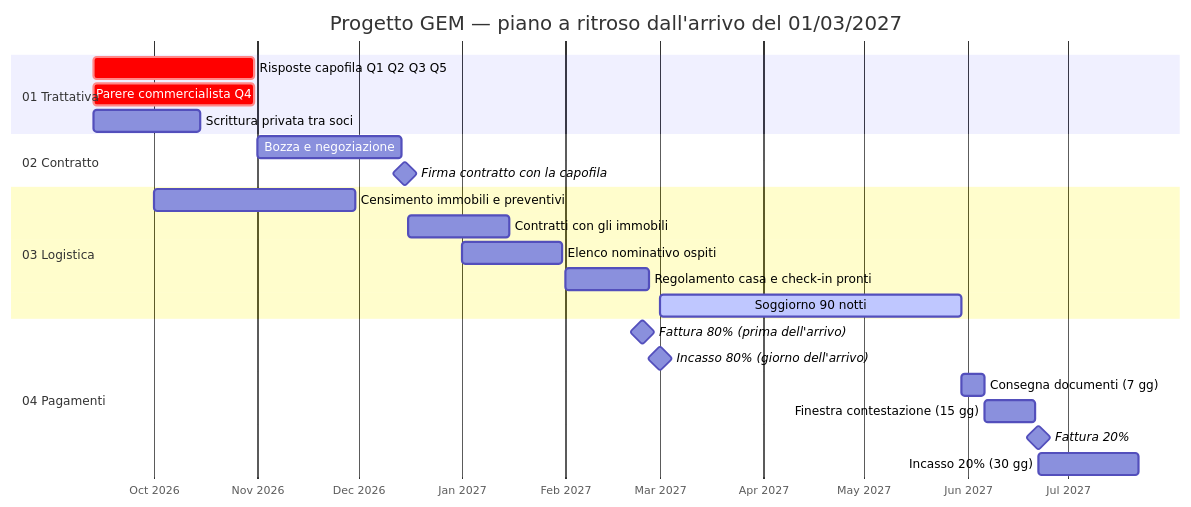
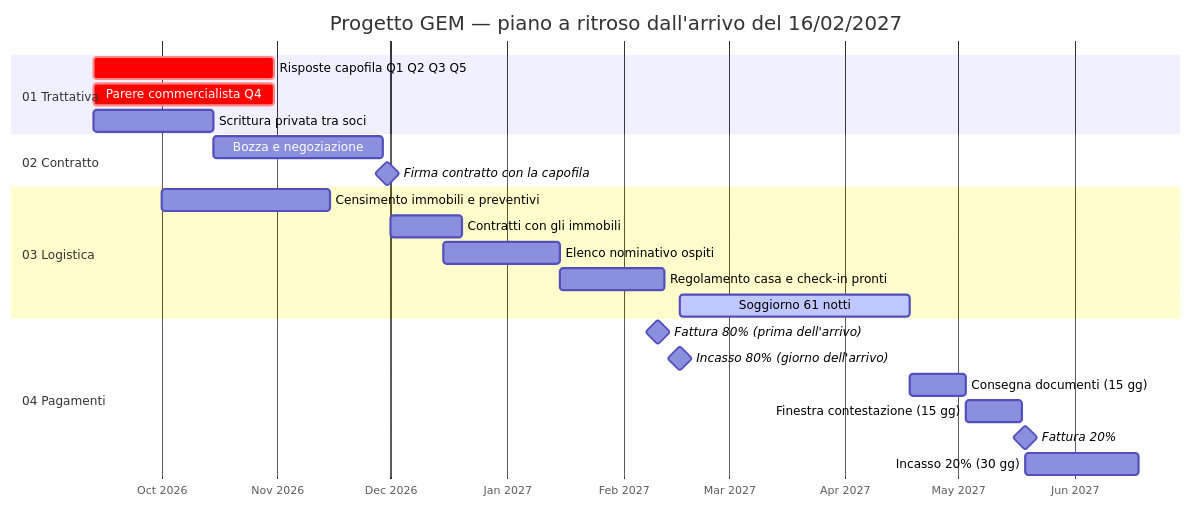
Before and after one commit to affittibreviitaliamanfredonia-source/Gem-Project: the diagram in README.md, drawn with Mermaid. The commit also changed other lines of this file and 25 other files, not shown here.

First line of the commit message:
docs: date del soggiorno 16/02–18/04/2027 (61 notti) da email School Travel; piano anticipato; scrittura v0.7; prezzo per 92 giorni da riconciliare

````diff
--- a/README.md
+++ b/README.md
@@ -89,30 +89,30 @@
 ```mermaid
 gantt
-    title Progetto GEM — piano a ritroso dall'arrivo del 01/03/2027
+    title Progetto GEM — piano a ritroso dall'arrivo del 16/02/2027
     dateFormat  YYYY-MM-DD
     axisFormat  %b %Y
 
     section 01 Trattativa
     Risposte capofila Q1 Q2 Q3 Q5        :crit, t1, 2026-09-13, 2026-10-31
     Parere commercialista Q4             :crit, t2, 2026-09-13, 2026-10-31
     Scrittura privata tra soci           :t3, 2026-09-13, 2026-10-15
 
     section 02 Contratto
-    Bozza e negoziazione                 :c1, 2026-11-01, 2026-12-14
-    Firma contratto con la capofila      :milestone, m1, 2026-12-15, 0d
+    Bozza e negoziazione                 :c1, 2026-10-15, 2026-11-29
+    Firma contratto con la capofila      :milestone, m1, 2026-11-30, 0d
 
     section 03 Logistica
-    Censimento immobili e preventivi     :l1, 2026-10-01, 2026-11-30
-    Contratti con gli immobili           :l2, 2026-12-16, 2027-01-15
-    Elenco nominativo ospiti             :l3, 2027-01-01, 2027-01-31
-    Regolamento casa e check-in pronti   :l4, 2027-02-01, 2027-02-26
-    Soggiorno 90 notti                   :active, l5, 2027-03-01, 2027-05-30
+    Censimento immobili e preventivi     :l1, 2026-10-01, 2026-11-15
+    Contratti con gli immobili           :l2, 2026-12-01, 2026-12-20
+    Elenco nominativo ospiti             :l3, 2026-12-15, 2027-01-15
+    Regolamento casa e check-in pronti   :l4, 2027-01-15, 2027-02-12
+    Soggiorno 61 notti                   :active, l5, 2027-02-16, 2027-04-18
 
     section 04 Pagamenti
-    Fattura 80% (prima dell'arrivo)      :milestone, p1, 2027-02-24, 0d
-    Incasso 80% (giorno dell'arrivo)     :milestone, p2, 2027-03-01, 0d
-    Consegna documenti (7 gg)            :p3, 2027-05-30, 2027-06-06
-    Finestra contestazione (15 gg)       :p4, 2027-06-06, 2027-06-21
-    Fattura 20%                          :milestone, p5, 2027-06-22, 0d
-    Incasso 20% (30 gg)                  :p6, 2027-06-22, 2027-07-22
+    Fattura 80% (prima dell'arrivo)      :milestone, p1, 2027-02-10, 0d
+    Incasso 80% (giorno dell'arrivo)     :milestone, p2, 2027-02-16, 0d
+    Consegna documenti (15 gg)           :p3, 2027-04-18, 2027-05-03
+    Finestra contestazione (15 gg)       :p4, 2027-05-03, 2027-05-18
+    Fattura 20%                          :milestone, p5, 2027-05-19, 0d
+    Incasso 20% (30 gg)                  :p6, 2027-05-19, 2027-06-18
 ```
````
